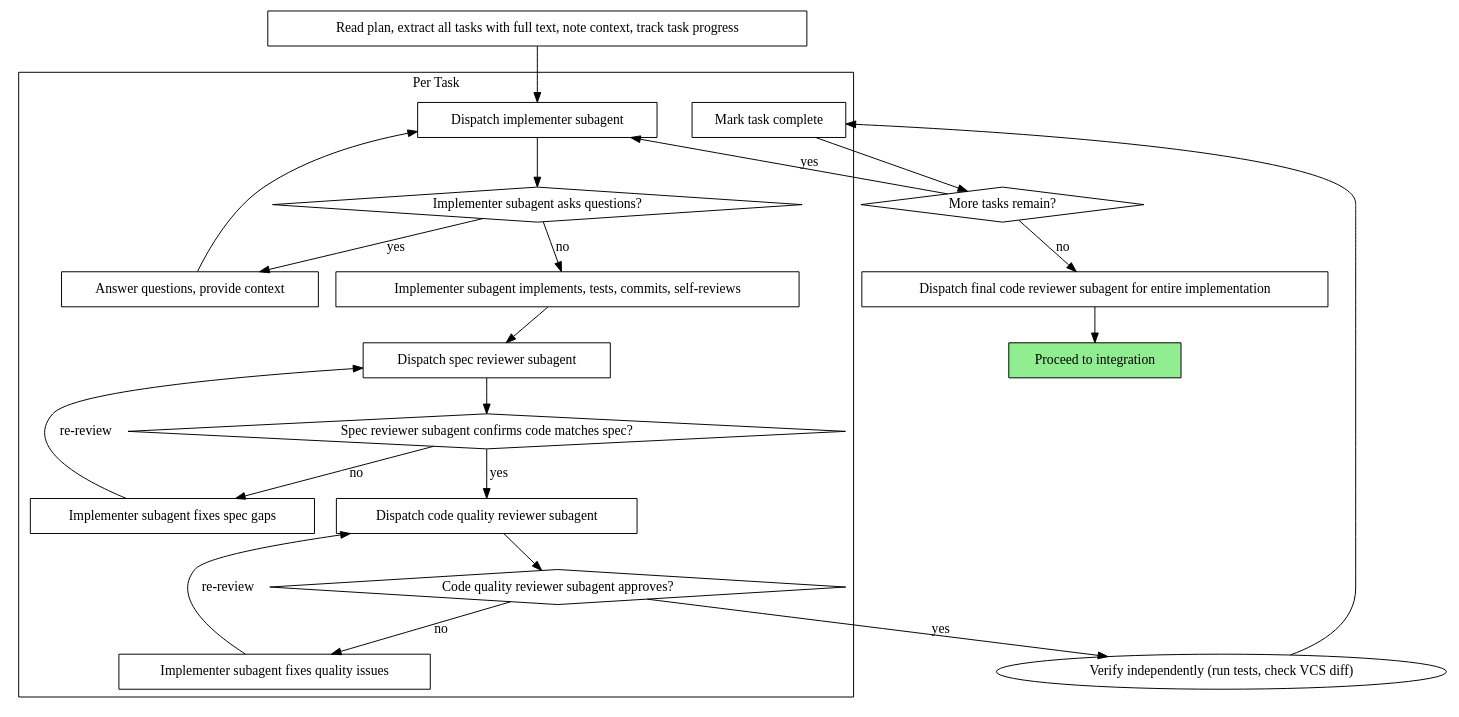
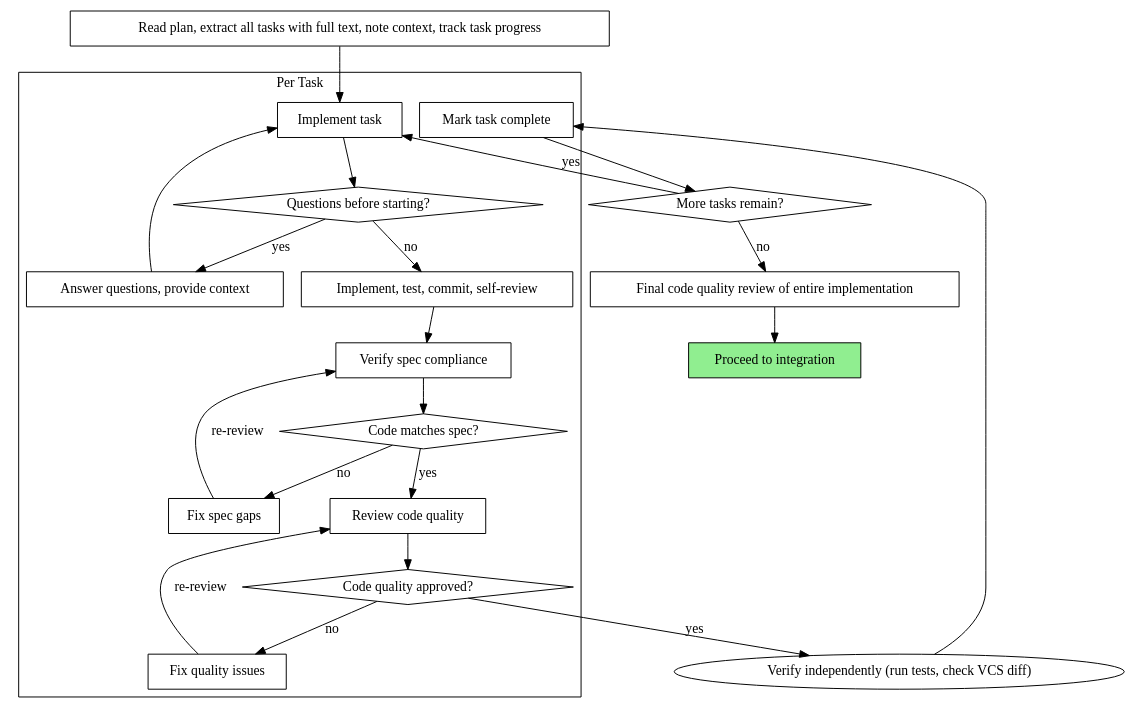
One commit to circld/dotfiles changed the second of 2 diagrams in external/opencode/skills/subagent-driven-development/SKILL.md. Above: the diagram before and after it, drawn with Graphviz.

Commit message:
rewrite flowchart labels as domain actions

````diff
--- a/external/opencode/skills/subagent-driven-development/SKILL.md
+++ b/external/opencode/skills/subagent-driven-development/SKILL.md
@@ -40,45 +40,45 @@
 ```dot
 digraph process {
     rankdir=TB;
 
     subgraph cluster_per_task {
         label="Per Task";
-        "Dispatch implementer subagent" [shape=box];
-        "Implementer subagent asks questions?" [shape=diamond];
+        "Implement task" [shape=box];
+        "Questions before starting?" [shape=diamond];
         "Answer questions, provide context" [shape=box];
-        "Implementer subagent implements, tests, commits, self-reviews" [shape=box];
-        "Dispatch spec reviewer subagent" [shape=box];
-        "Spec reviewer subagent confirms code matches spec?" [shape=diamond];
-        "Implementer subagent fixes spec gaps" [shape=box];
-        "Dispatch code quality reviewer subagent" [shape=box];
-        "Code quality reviewer subagent approves?" [shape=diamond];
-        "Implementer subagent fixes quality issues" [shape=box];
+        "Implement, test, commit, self-review" [shape=box];
+        "Verify spec compliance" [shape=box];
+        "Code matches spec?" [shape=diamond];
+        "Fix spec gaps" [shape=box];
+        "Review code quality" [shape=box];
+        "Code quality approved?" [shape=diamond];
+        "Fix quality issues" [shape=box];
         "Mark task complete" [shape=box];
     }
 
     "Read plan, extract all tasks with full text, note context, track task progress" [shape=box];
     "More tasks remain?" [shape=diamond];
-    "Dispatch final code reviewer subagent for entire implementation" [shape=box];
+    "Final code quality review of entire implementation" [shape=box];
     "Proceed to integration" [shape=box style=filled fillcolor=lightgreen];
 
-    "Read plan, extract all tasks with full text, note context, track task progress" -> "Dispatch implementer subagent";
-    "Dispatch implementer subagent" -> "Implementer subagent asks questions?";
-    "Implementer subagent asks questions?" -> "Answer questions, provide context" [label="yes"];
-    "Answer questions, provide context" -> "Dispatch implementer subagent";
-    "Implementer subagent asks questions?" -> "Implementer subagent implements, tests, commits, self-reviews" [label="no"];
-    "Implementer subagent implements, tests, commits, self-reviews" -> "Dispatch spec reviewer subagent";
-    "Dispatch spec reviewer subagent" -> "Spec reviewer subagent confirms code matches spec?";
-    "Spec reviewer subagent confirms code matches spec?" -> "Implementer subagent fixes spec gaps" [label="no"];
-    "Implementer subagent fixes spec gaps" -> "Dispatch spec reviewer subagent" [label="re-review"];
-    "Spec reviewer subagent confirms code matches spec?" -> "Dispatch code quality reviewer subagent" [label="yes"];
-    "Dispatch code quality reviewer subagent" -> "Code quality reviewer subagent approves?";
-    "Code quality reviewer subagent approves?" -> "Implementer subagent fixes quality issues" [label="no"];
-    "Implementer subagent fixes quality issues" -> "Dispatch code quality reviewer subagent" [label="re-review"];
-    "Code quality reviewer subagent approves?" -> "Verify independently (run tests, check VCS diff)" [label="yes"];
+    "Read plan, extract all tasks with full text, note context, track task progress" -> "Implement task";
+    "Implement task" -> "Questions before starting?";
+    "Questions before starting?" -> "Answer questions, provide context" [label="yes"];
+    "Answer questions, provide context" -> "Implement task";
+    "Questions before starting?" -> "Implement, test, commit, self-review" [label="no"];
+    "Implement, test, commit, self-review" -> "Verify spec compliance";
+    "Verify spec compliance" -> "Code matches spec?";
+    "Code matches spec?" -> "Fix spec gaps" [label="no"];
+    "Fix spec gaps" -> "Verify spec compliance" [label="re-review"];
+    "Code matches spec?" -> "Review code quality" [label="yes"];
+    "Review code quality" -> "Code quality approved?";
+    "Code quality approved?" -> "Fix quality issues" [label="no"];
+    "Fix quality issues" -> "Review code quality" [label="re-review"];
+    "Code quality approved?" -> "Verify independently (run tests, check VCS diff)" [label="yes"];
     "Verify independently (run tests, check VCS diff)" -> "Mark task complete";
     "Mark task complete" -> "More tasks remain?";
-    "More tasks remain?" -> "Dispatch implementer subagent" [label="yes"];
-    "More tasks remain?" -> "Dispatch final code reviewer subagent for entire implementation" [label="no"];
-    "Dispatch final code reviewer subagent for entire implementation" -> "Proceed to integration";
+    "More tasks remain?" -> "Implement task" [label="yes"];
+    "More tasks remain?" -> "Final code quality review of entire implementation" [label="no"];
+    "Final code quality review of entire implementation" -> "Proceed to integration";
 }
 ```
````
